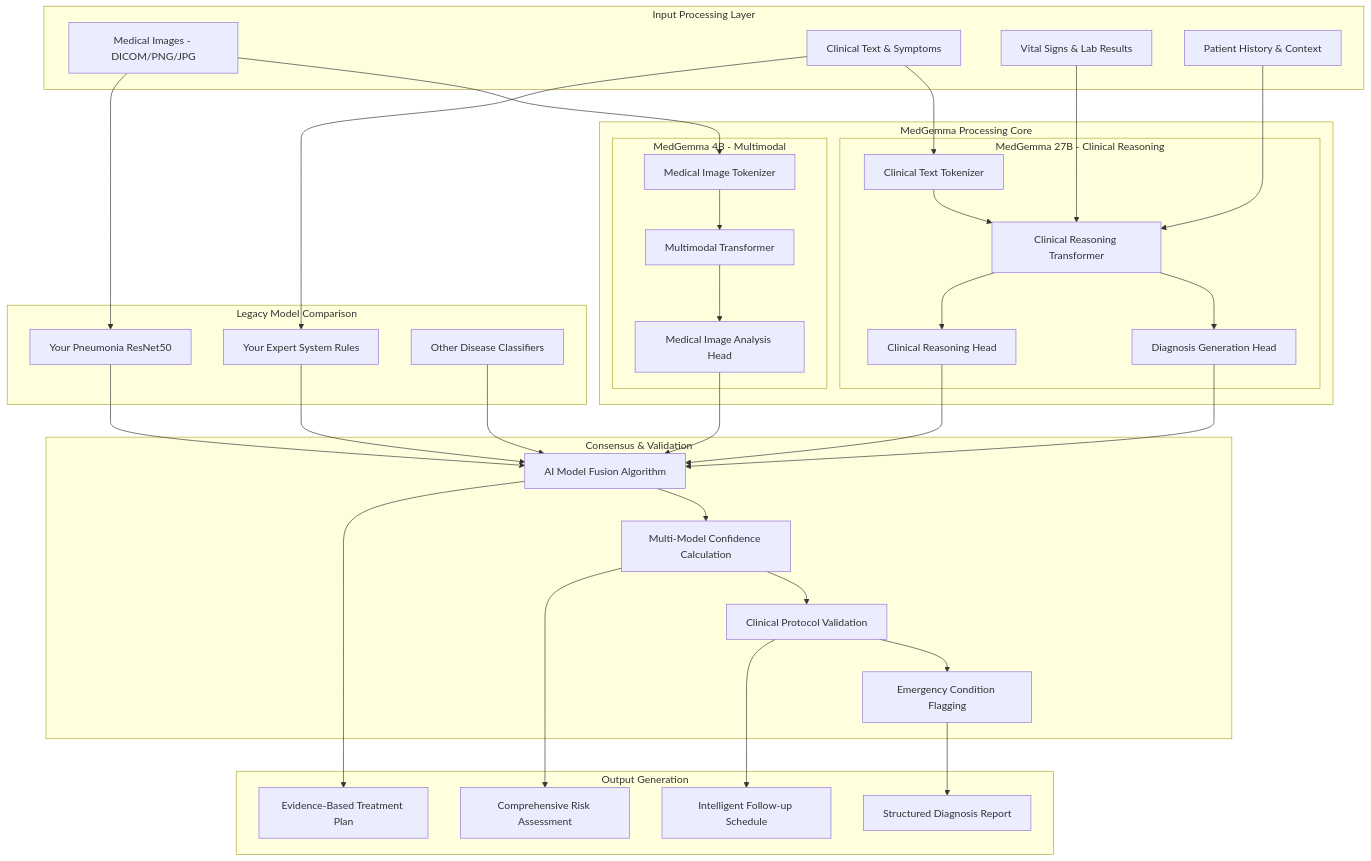
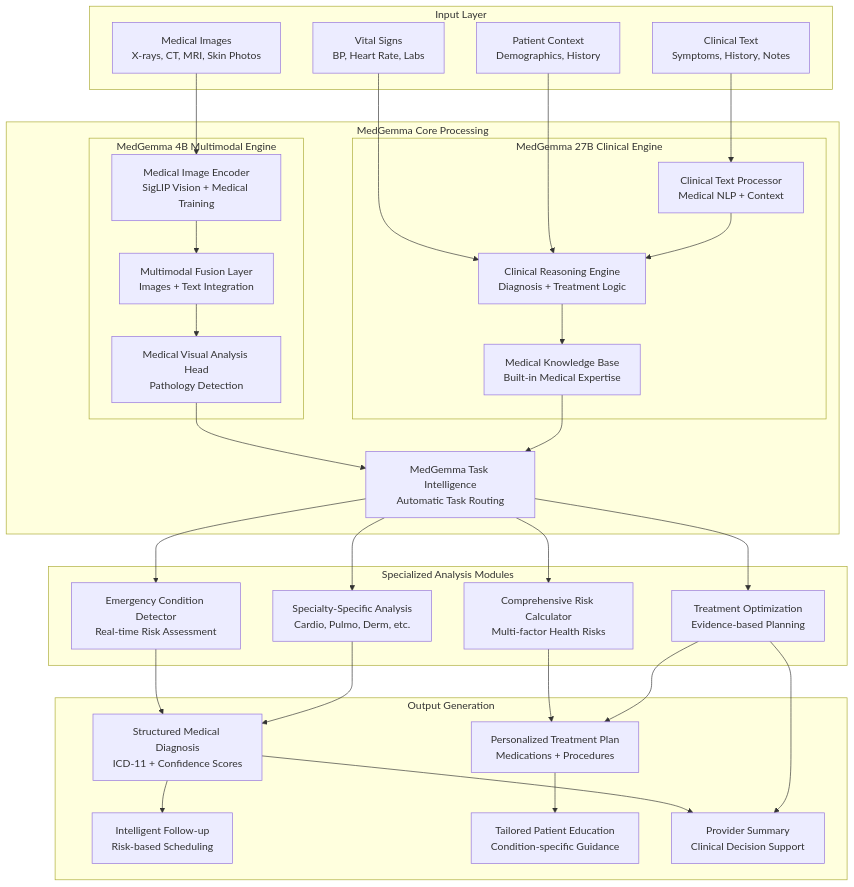
Before and after one commit to Assem-ElQersh/MedFlow-AI-Medical-Assistance-System: the third of 7 diagrams in System diagrams/system_diagrams.md, drawn with Mermaid. The commit also changed other lines of this file, not shown here.

````diff
--- a/System diagrams/system_diagrams.md
+++ b/System diagrams/system_diagrams.md
@@ -112,74 +125,68 @@
 ```mermaid
 flowchart TB
-    subgraph "Input Processing Layer"
-        MedicalImages[Medical Images - DICOM/PNG/JPG]
-        ClinicalText[Clinical Text & Symptoms]
-        VitalSigns[Vital Signs & Lab Results]
-        PatientHistory[Patient History & Context]
+    subgraph "Input Layer"
+        MedImages[Medical Images<br/>X-rays, CT, MRI, Skin Photos]
+        ClinicalData[Clinical Text<br/>Symptoms, History, Notes]
+        VitalSigns[Vital Signs<br/>BP, Heart Rate, Labs]
+        PatientContext[Patient Context<br/>Demographics, History]
     end
 
-    subgraph "MedGemma Processing Core"
-        subgraph "MedGemma 4B - Multimodal"
-            ImageTokenizer[Medical Image Tokenizer]
-            MultiModalTransformer[Multimodal Transformer]
-            ImageAnalysisHead[Medical Image Analysis Head]
+    subgraph "MedGemma Core Processing"
+        subgraph "MedGemma 4B Multimodal Engine"
+            ImageEncoder[Medical Image Encoder<br/>SigLIP Vision + Medical Training]
+            MultiModalFusion[Multimodal Fusion Layer<br/>Images + Text Integration]
+            VisualMedicalHead[Medical Visual Analysis Head<br/>Pathology Detection]
         end
         
-        subgraph "MedGemma 27B - Clinical Reasoning"
-            TextTokenizer[Clinical Text Tokenizer]
-            ClinicalTransformer[Clinical Reasoning Transformer]
-            DiagnosisHead[Diagnosis Generation Head]
-            ReasoningHead[Clinical Reasoning Head]
+        subgraph "MedGemma 27B Clinical Engine"
+            ClinicalTokenizer[Clinical Text Processor<br/>Medical NLP + Context]
+            ClinicalReasoning[Clinical Reasoning Engine<br/>Diagnosis + Treatment Logic]
+            MedicalKnowledge[Medical Knowledge Base<br/>Built-in Medical Expertise]
         end
+        
+        TaskIntelligence[MedGemma Task Intelligence<br/>Automatic Task Routing]
     end
 
-    subgraph "Legacy Model Comparison"
-        PneumoniaClassifier[Your Pneumonia ResNet50]
-        ExpertSystem[Your Expert System Rules]
-        OtherClassifiers[Other Disease Classifiers]
-    end
-
-    subgraph "Consensus & Validation"
-        ModelFusion[AI Model Fusion Algorithm]
-        ConfidenceCalc[Multi-Model Confidence Calculation]
-        ClinicalValidation[Clinical Protocol Validation]
-        EmergencyFlag[Emergency Condition Flagging]
+    subgraph "Specialized Analysis Modules"
+        EmergencyDetector[Emergency Condition Detector<br/>Real-time Risk Assessment]
+        SpecialtyAnalyzer[Specialty-Specific Analysis<br/>Cardio, Pulmo, Derm, etc.]
+        RiskCalculator[Comprehensive Risk Calculator<br/>Multi-factor Health Risks]
+        TreatmentOptimizer[Treatment Optimization<br/>Evidence-based Planning]
     end
 
     subgraph "Output Generation"
-        StructuredDiagnosis[Structured Diagnosis Report]
-        TreatmentPlan[Evidence-Based Treatment Plan]
-        RiskAssessment[Comprehensive Risk Assessment]
-        FollowUpSchedule[Intelligent Follow-up Schedule]
+        StructuredDiagnosis[Structured Medical Diagnosis<br/>ICD-11 + Confidence Scores]
+        TreatmentPlan[Personalized Treatment Plan<br/>Medications + Procedures]
+        FollowUpSchedule[Intelligent Follow-up<br/>Risk-based Scheduling]
+        PatientEducation[Tailored Patient Education<br/>Condition-specific Guidance]
+        ProviderSummary[Provider Summary<br/>Clinical Decision Support]
     end
 
-    MedicalImages --> ImageTokenizer
-    ClinicalText --> TextTokenizer
-    VitalSigns --> ClinicalTransformer
-    PatientHistory --> ClinicalTransformer
+    MedImages --> ImageEncoder
+    ClinicalData --> ClinicalTokenizer
+    VitalSigns --> ClinicalReasoning
+    PatientContext --> ClinicalReasoning
     
-    ImageTokenizer --> MultiModalTransformer
-    MultiModalTransformer --> ImageAnalysisHead
-    TextTokenizer --> ClinicalTransformer
-    ClinicalTransformer --> DiagnosisHead
-    ClinicalTransformer --> ReasoningHead
+    ImageEncoder --> MultiModalFusion
+    MultiModalFusion --> VisualMedicalHead
+    ClinicalTokenizer --> ClinicalReasoning
+    ClinicalReasoning --> MedicalKnowledge
     
-    MedicalImages --> PneumoniaClassifier
-    ClinicalText --> ExpertSystem
+    VisualMedicalHead --> TaskIntelligence
+    MedicalKnowledge --> TaskIntelligence
     
-    ImageAnalysisHead --> ModelFusion
-    DiagnosisHead --> ModelFusion
-    ReasoningHead --> ModelFusion
-    PneumoniaClassifier --> ModelFusion
-    ExpertSystem --> ModelFusion
-    OtherClassifiers --> ModelFusion
+    TaskIntelligence --> EmergencyDetector
+    TaskIntelligence --> SpecialtyAnalyzer
+    TaskIntelligence --> RiskCalculator
+    TaskIntelligence --> TreatmentOptimizer
     
-    ModelFusion --> ConfidenceCalc
-    ConfidenceCalc --> ClinicalValidation
-    ClinicalValidation --> EmergencyFlag
+    EmergencyDetector --> StructuredDiagnosis
+    SpecialtyAnalyzer --> StructuredDiagnosis
+    RiskCalculator --> TreatmentPlan
+    TreatmentOptimizer --> TreatmentPlan
     
-    EmergencyFlag --> StructuredDiagnosis
-    ModelFusion --> TreatmentPlan
-    ConfidenceCalc --> RiskAssessment
-    ClinicalValidation --> FollowUpSchedule
+    StructuredDiagnosis --> FollowUpSchedule
+    TreatmentPlan --> PatientEducation
+    StructuredDiagnosis --> ProviderSummary
+    TreatmentOptimizer --> ProviderSummary
 ```
````
